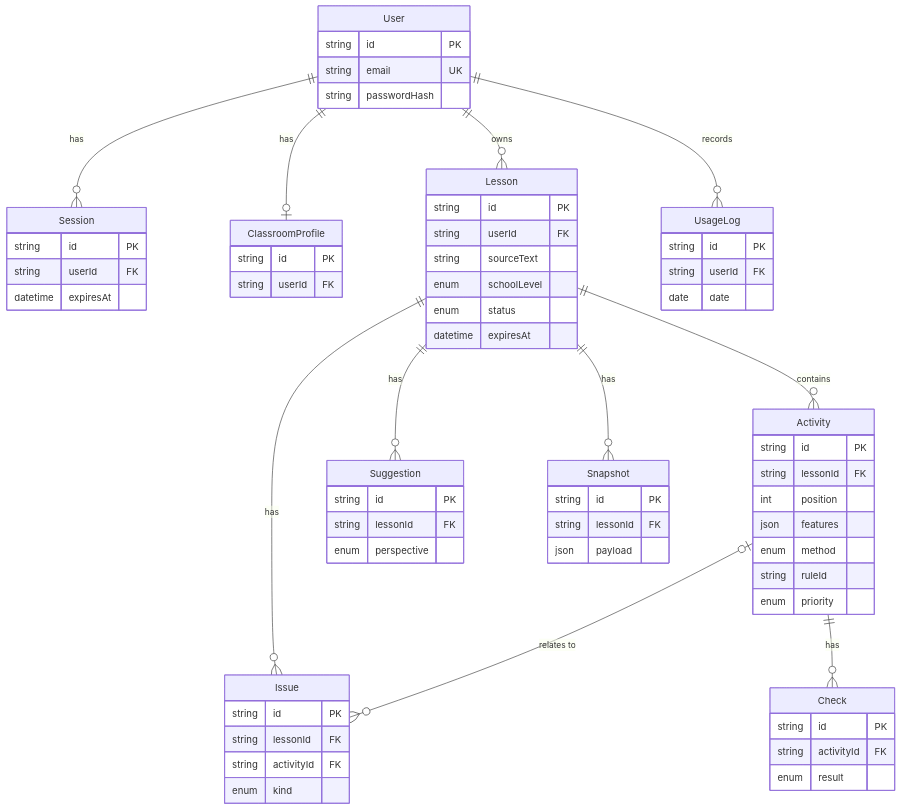
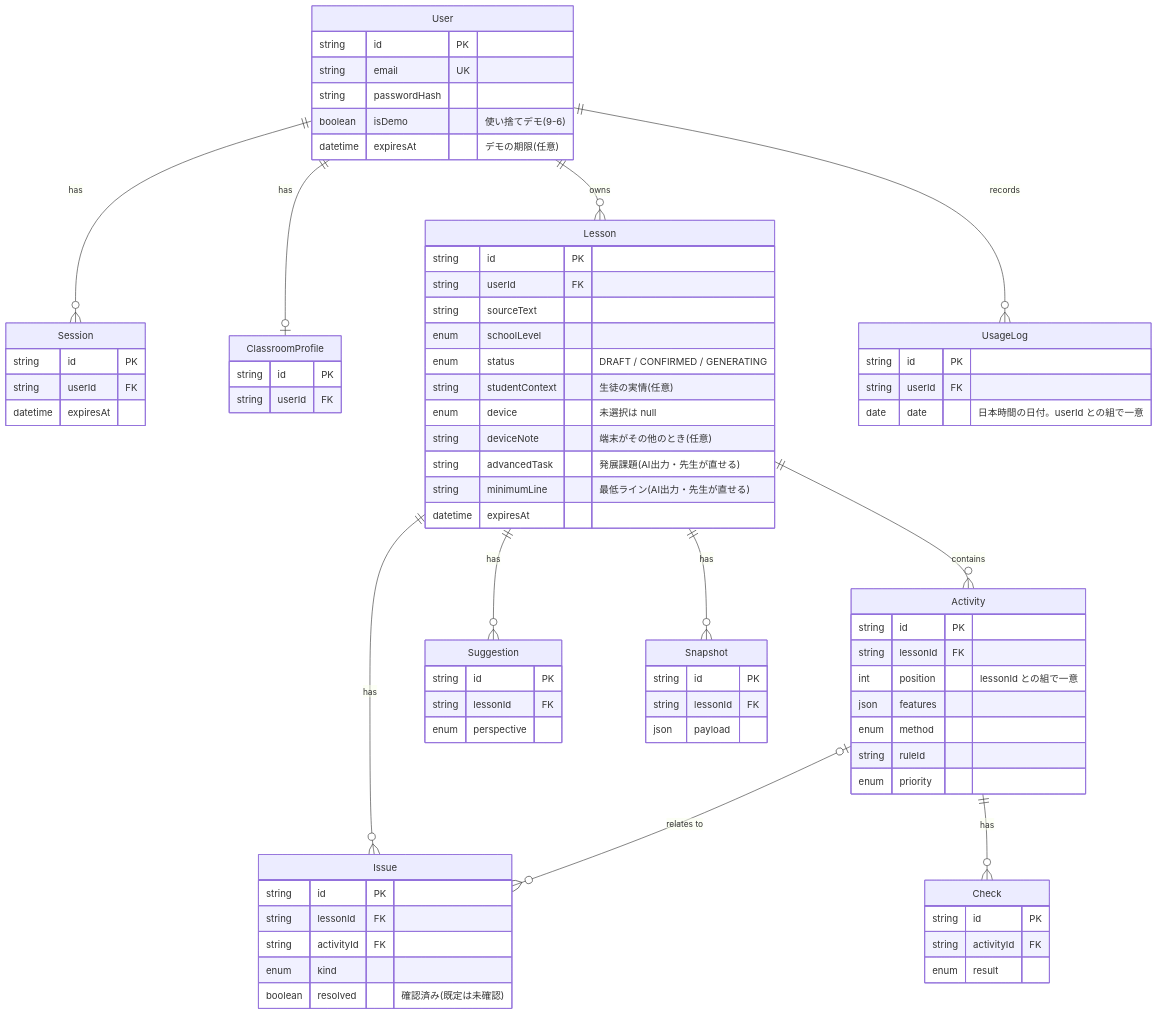
The diagram in docs/er-diagram.md (hsmt-e/lesson-design-navi), drawn with Mermaid before and after one commit. The commit also changed 3 other files, not shown here.

Commit message:
feat: add schema fixes from 11/5 review and 11/6 comparison (#2)

````diff
--- a/docs/er-diagram.md
+++ b/docs/er-diagram.md
@@ -3,71 +3,79 @@
 ```mermaid
 erDiagram
   User ||--o{ Session : has
   User ||--o| ClassroomProfile : has
   User ||--o{ Lesson : owns
   User ||--o{ UsageLog : records
   Lesson ||--o{ Activity : contains
   Lesson ||--o{ Issue : has
   Lesson ||--o{ Suggestion : has
   Lesson ||--o{ Snapshot : has
   Activity |o--o{ Issue : "relates to"
   Activity ||--o{ Check : has
 
   User {
     string id PK
     string email UK
     string passwordHash
+    boolean isDemo "使い捨てデモ(9-6)"
+    datetime expiresAt "デモの期限(任意)"
   }
   Session {
     string id PK
     string userId FK
     datetime expiresAt
   }
   ClassroomProfile {
     string id PK
     string userId FK
   }
   Lesson {
     string id PK
     string userId FK
     string sourceText
     enum schoolLevel
-    enum status
+    enum status "DRAFT / CONFIRMED / GENERATING"
+    string studentContext "生徒の実情(任意)"
+    enum device "未選択は null"
+    string deviceNote "端末がその他のとき(任意)"
+    string advancedTask "発展課題(AI出力・先生が直せる)"
+    string minimumLine "最低ライン(AI出力・先生が直せる)"
     datetime expiresAt
   }
   Activity {
     string id PK
     string lessonId FK
-    int position
+    int position "lessonId との組で一意"
     json features
     enum method
     string ruleId
     enum priority
   }
   Issue {
     string id PK
     string lessonId FK
     string activityId FK
     enum kind
+    boolean resolved "確認済み(既定は未確認)"
   }
   Suggestion {
     string id PK
     string lessonId FK
     enum perspective
   }
   Check {
     string id PK
     string activityId FK
     enum result
   }
   Snapshot {
     string id PK
     string lessonId FK
     json payload
   }
   UsageLog {
     string id PK
     string userId FK
-    date date
+    date date "日本時間の日付。userId との組で一意"
   }
 ```
````
